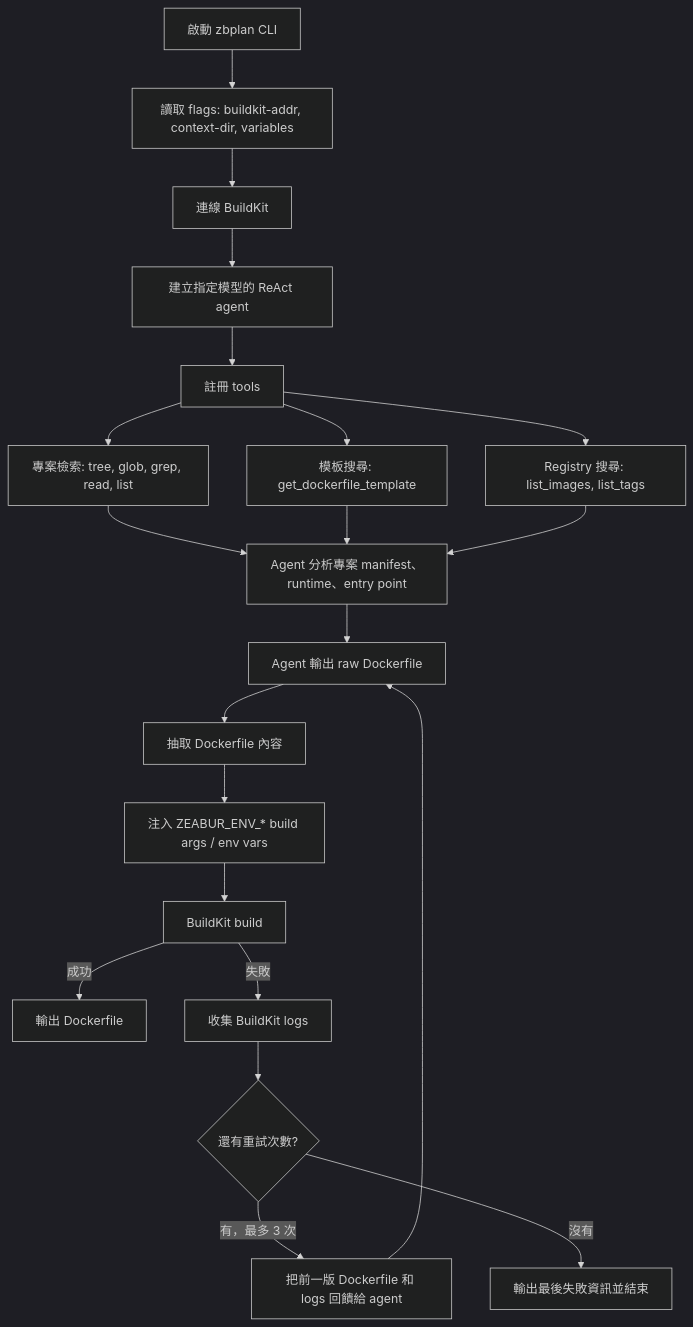
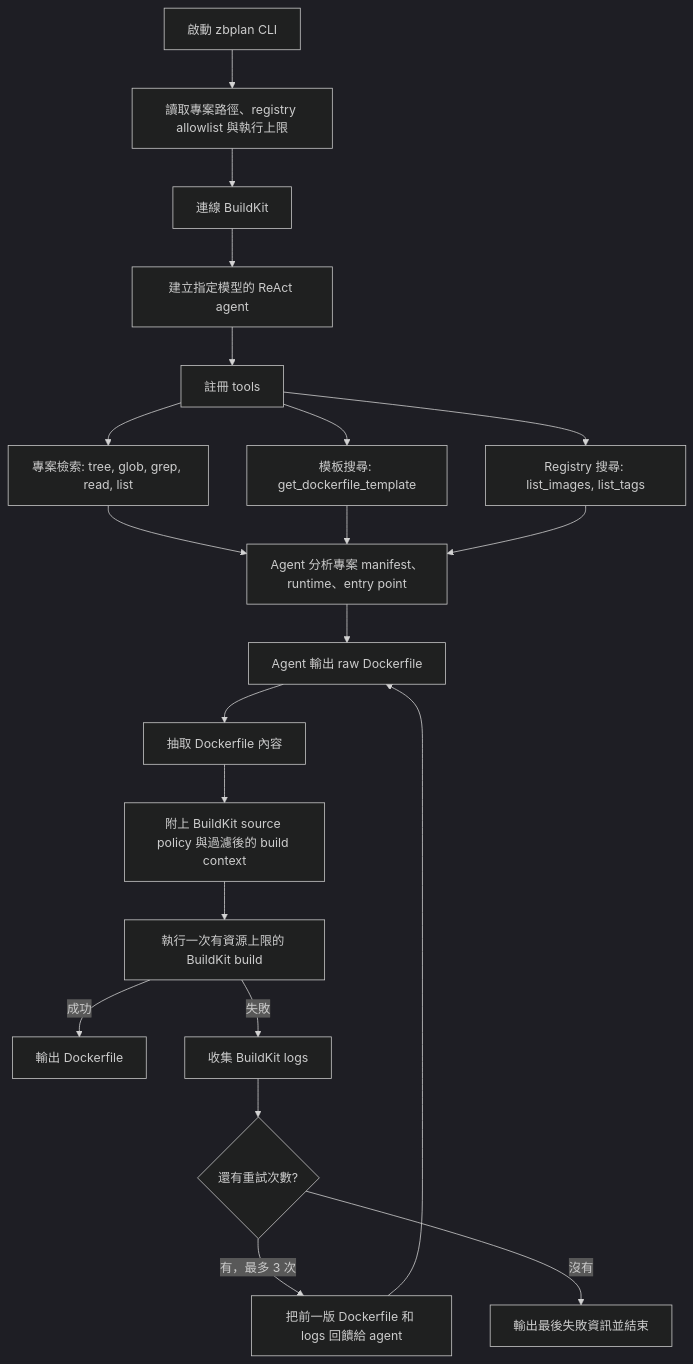
Before and after one commit to zeabur/zbplan: the diagram in README.zh-TW.md, drawn with Mermaid (dark theme). The commit also changed other lines of this file and 16 other files, not shown here.

First line of the commit message:
fix(builder)!: enforce build policy in BuildKit and bound each run (#26)

````diff
--- a/README.zh-TW.md
+++ b/README.zh-TW.md
@@ -86,27 +86,27 @@
 ```mermaid
 flowchart TD
-    A[啟動 zbplan CLI] --> B[讀取 flags: buildkit-addr, context-dir, variables]
+    A[啟動 zbplan CLI] --> B[讀取專案路徑、registry allowlist 與執行上限]
     B --> C[連線 BuildKit]
     C --> D[建立指定模型的 ReAct agent]
     D --> E[註冊 tools]
 
     E --> E1[專案檢索: tree, glob, grep, read, list]
     E --> E2[模板搜尋: get_dockerfile_template]
     E --> E3[Registry 搜尋: list_images, list_tags]
 
     E1 --> F[Agent 分析專案 manifest、runtime、entry point]
     E2 --> F
     E3 --> F
 
     F --> G[Agent 輸出 raw Dockerfile]
     G --> H[抽取 Dockerfile 內容]
-    H --> I[注入 ZEABUR_ENV_* build args / env vars]
-    I --> J[BuildKit build]
+    H --> I[附上 BuildKit source policy 與過濾後的 build context]
+    I --> J[執行一次有資源上限的 BuildKit build]
 
     J -->|成功| K[輸出 Dockerfile]
     J -->|失敗| L[收集 BuildKit logs]
     L --> M{還有重試次數?}
     M -->|有，最多 3 次| N[把前一版 Dockerfile 和 logs 回饋給 agent]
     N --> G
     M -->|沒有| O[輸出最後失敗資訊並結束]
 ```
````
